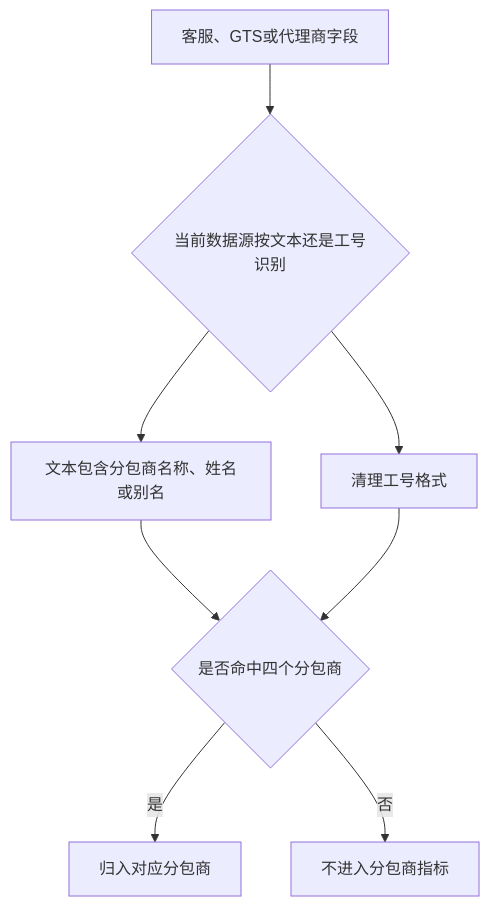
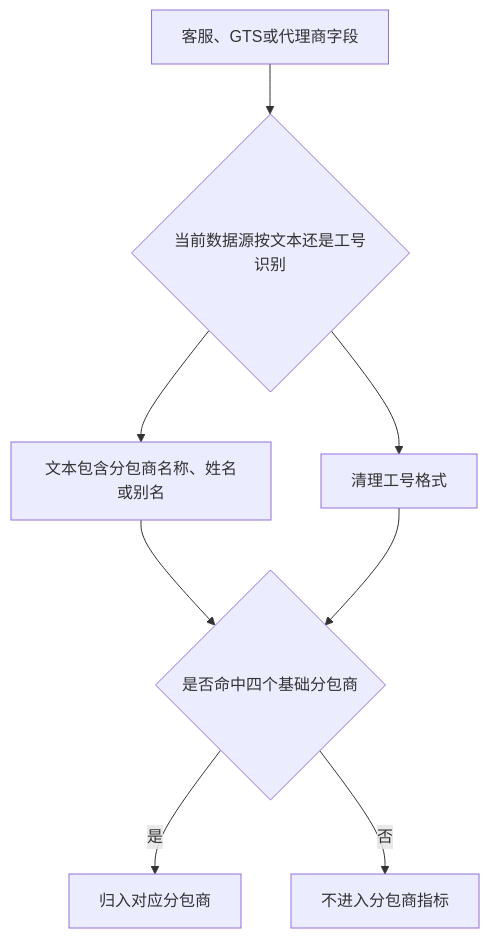
Before and after one commit to likebo-maker/RTSTool: the sixth of 9 diagrams in docs/online_service_target_and_assessment_business_requirements.md, drawn with Mermaid. The commit also changed other lines of this file and 6 other files, not shown here.

````diff
--- a/docs/online_service_target_and_assessment_business_requirements.md
+++ b/docs/online_service_target_and_assessment_business_requirements.md
@@ -717,10 +721,10 @@
 ```mermaid
 flowchart TD
   A["客服、GTS或代理商字段"] --> B{"当前数据源按文本还是工号识别"}
   B --> C["文本包含分包商名称、姓名或别名"]
   B --> D["清理工号格式"]
-  C --> E{"是否命中四个分包商"}
+  C --> E{"是否命中四个基础分包商"}
   D --> E
   E -->|是| F["归入对应分包商"]
   E -->|否| G["不进入分包商指标"]
 ```
````
